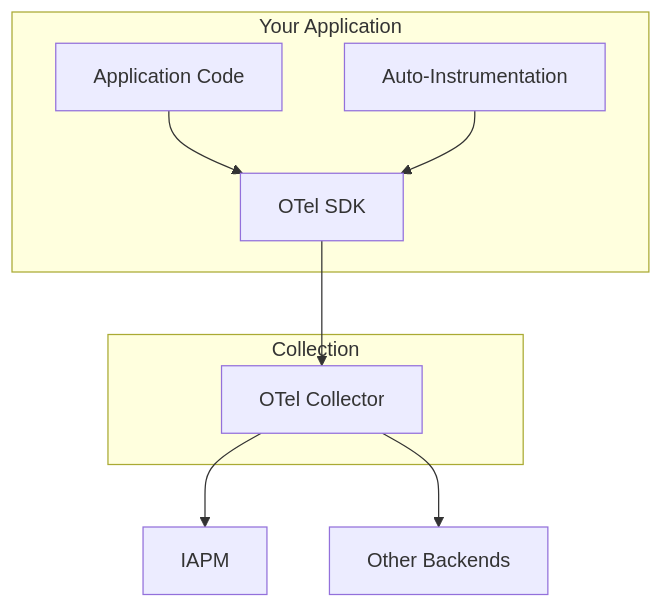
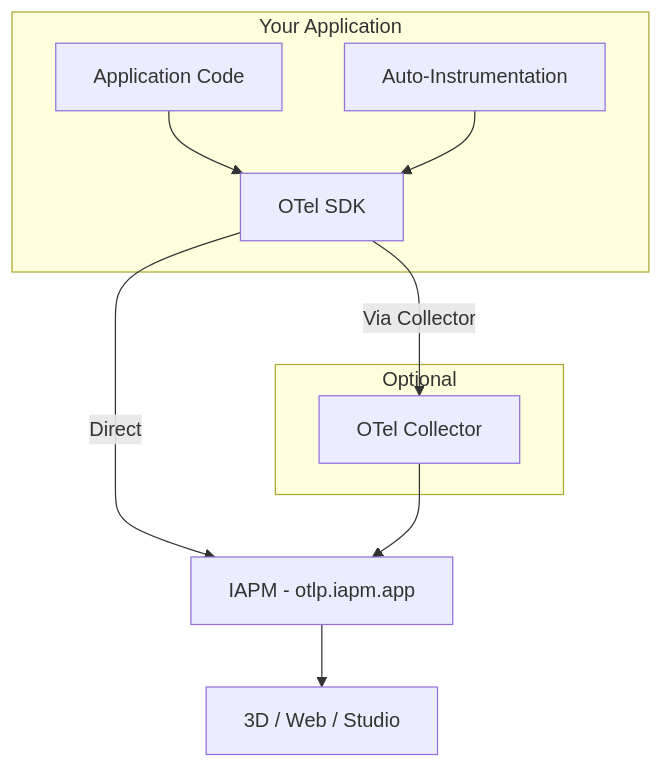
The diagram in docs/Resources/Terms-and-Concepts/Observability/Frameworks/OpenTelemetry/index.md (ImmersiveFusion/if-apm-documentation-http), drawn with Mermaid before and after one commit. The commit also changed other lines of this file and 63 other files, not shown here.

````diff
--- a/docs/Resources/Terms-and-Concepts/Observability/Frameworks/OpenTelemetry/index.md
+++ b/docs/Resources/Terms-and-Concepts/Observability/Frameworks/OpenTelemetry/index.md
@@ -18,18 +16,19 @@
 ```mermaid
 graph TD
     subgraph "Your Application"
         A[Application Code]
         B[OTel SDK]
         C[Auto-Instrumentation]
     end
 
-    subgraph "Collection"
+    subgraph "Optional"
         D[OTel Collector]
     end
 
     A --> B
     C --> B
-    B --> D
-    D --> E[IAPM]
-    D --> F[Other Backends]
+    B -->|Direct| E[IAPM - otlp.iapm.app]
+    B -->|Via Collector| D
+    D --> E
+    E --> F[3D / Web / Studio]
 ```
````
